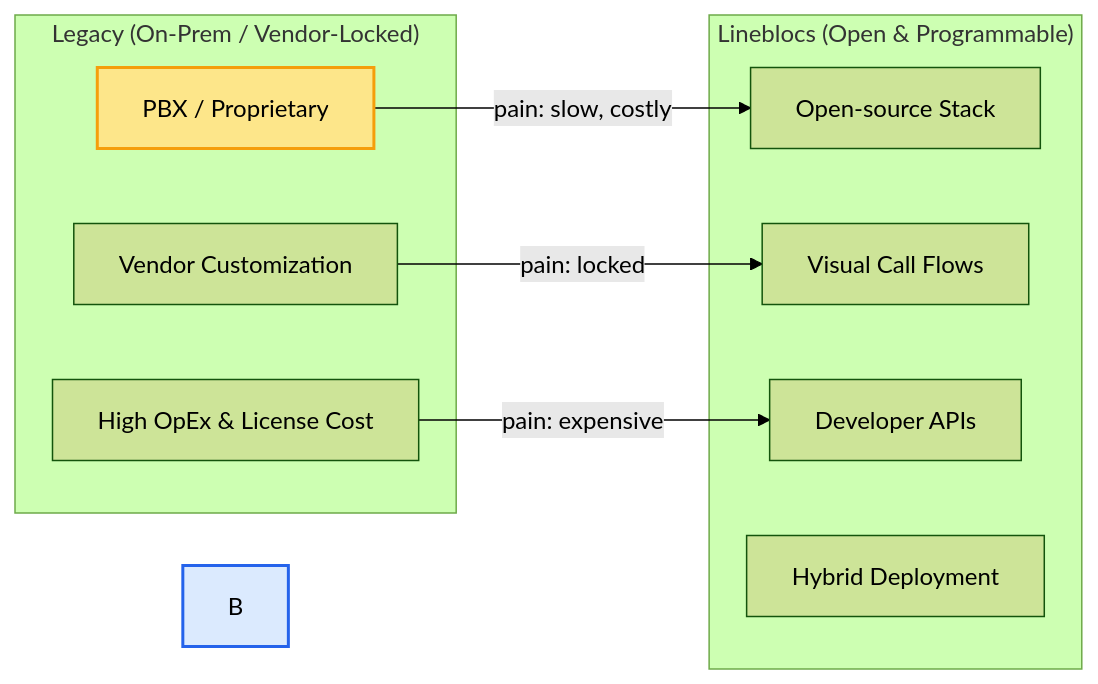
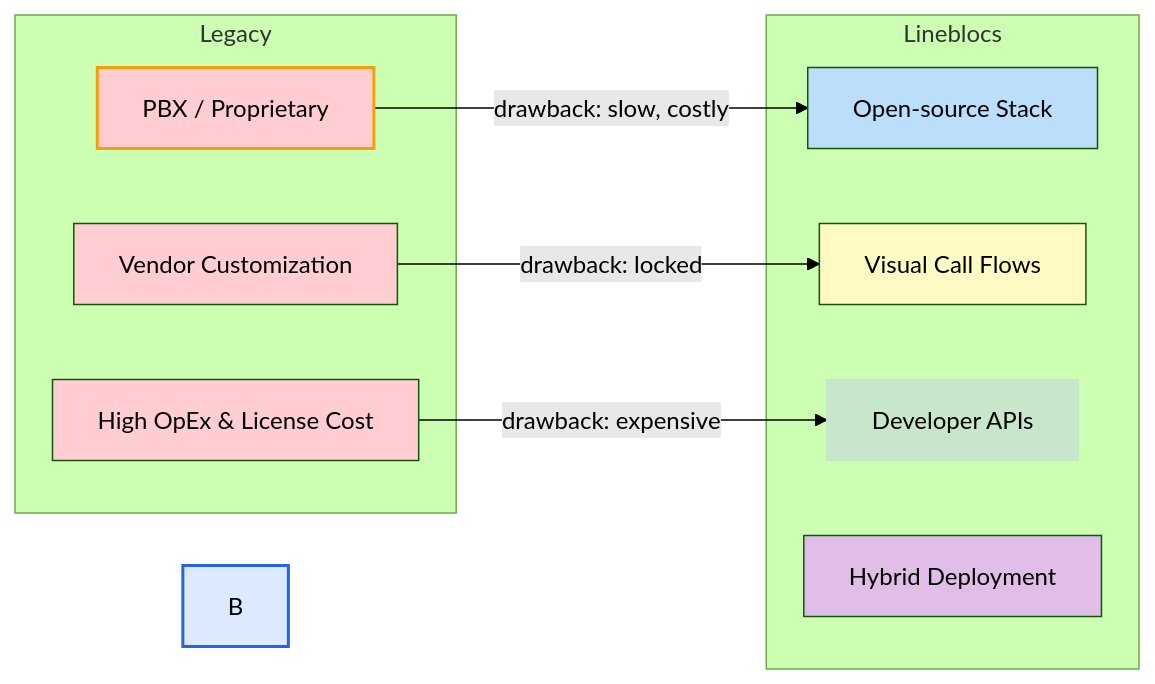
The first of 2 diagrams in README.md (Lineblocs/lineblocs), drawn with Mermaid (forest theme) before and after one commit.

Commit message:
Manual edits to README.md after revert

````diff
--- a/README.md
+++ b/README.md
@@ -140,23 +140,28 @@
 ```mermaid
 flowchart LR
-  style A fill:#fde68a,stroke:#f59e0b,stroke-width:2px
-  style B fill:#dbeafe,stroke:#2563eb,stroke-width:2px
+ subgraph Legacy
+        A["PBX / Proprietary"]
+        V["Vendor Customization"]
+        COST["High OpEx & License Cost"]
+  end
+ subgraph Lineblocs
+        B1["Open-source Stack"]
+        B2["Visual Call Flows"]
+        B3["Developer APIs"]
+        B4["Hybrid Deployment"]
+  end
+    A -- drawback: slow, costly --> B1
+    V -- drawback: locked --> B2
+    COST -- drawback: expensive --> B3
+    B["B"]
 
-  subgraph Legacy["Legacy (On-Prem / Vendor-Locked)"]
-    A[PBX / Proprietary] 
-    V[Vendor Customization]
-    COST[High OpEx & License Cost]
-  end
-
-  subgraph Modern["Lineblocs (Open & Programmable)"]
-    B1[Open-source Stack]
-    B2[Visual Call Flows]
-    B3[Developer APIs]
-    B4[Hybrid Deployment]
-  end
-
-  A -->|pain: slow, costly| B1
-  V -->|pain: locked| B2
-  COST -->|pain: expensive| B3
-  click B1 "https://lineblocs.com/resources" "More on Lineblocs"
+    style A fill:#FFCDD2,stroke:#f59e0b,stroke-width:2px
+    style V fill:#FFCDD2
+    style COST fill:#FFCDD2
+    style B1 fill:#BBDEFB
+    style B2 fill:#FFF9C4
+    style B3 stroke:#C8E6C9,fill:#C8E6C9
+    style B4 fill:#E1BEE7
+    style B fill:#dbeafe,stroke:#2563eb,stroke-width:2px
+    click B1 "https://lineblocs.com/resources"
 ```
````
